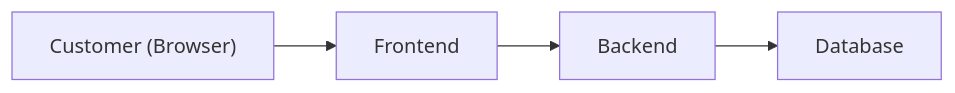
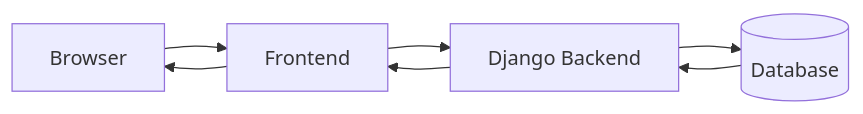
One commit to ergauravgoyal/ai-first-software-engineer changed the first of 7 diagrams in docs/02-backend-engineering/python/02-web-fundamentals-django.md. Above: the diagram before and after it, drawn with Mermaid. The commit also changed other lines of this file and 4 other files, not shown here.

````diff
--- a/docs/02-backend-engineering/python/02-web-fundamentals-django.md
+++ b/docs/02-backend-engineering/python/02-web-fundamentals-django.md
@@ -9,6 +23,9 @@
 ```mermaid
 flowchart LR
-    Browser["Customer (Browser)"] --> Frontend["Frontend"]
-    Frontend --> Backend["Backend"]
-    Backend --> Database["Database"]
+    Browser[Browser] --> Frontend[Frontend]
+    Frontend --> Django[Django Backend]
+    Django --> DB[(Database)]
+    DB --> Django
+    Django --> Frontend
+    Frontend --> Browser
 ```
````
